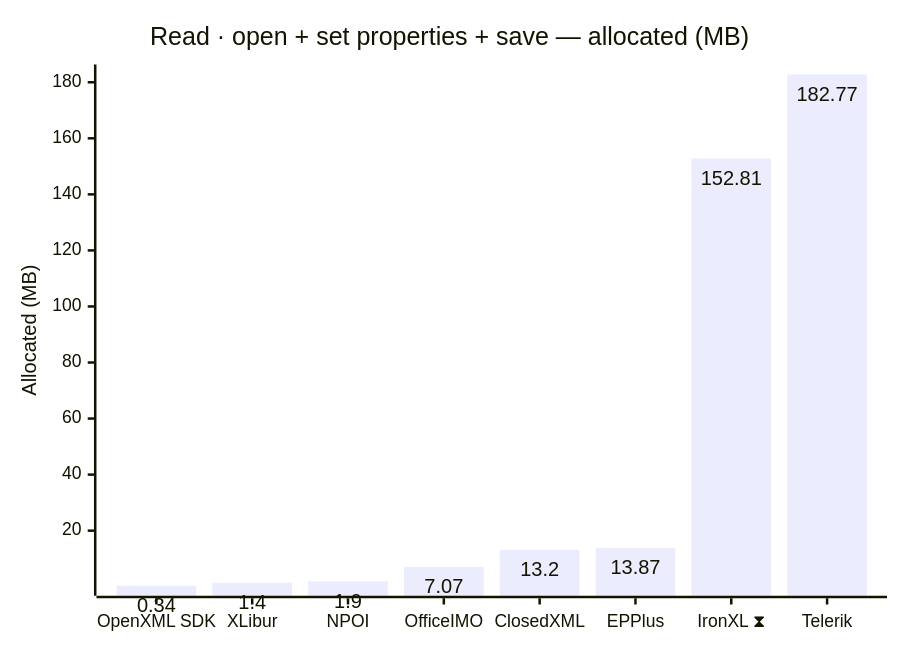
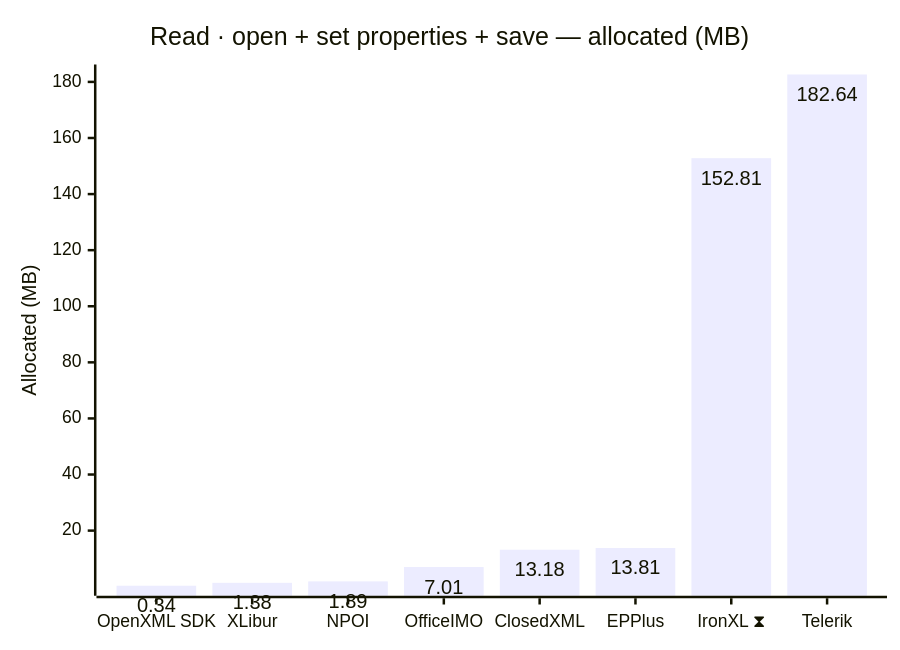
Before and after one commit to jafin/XLBench: the second of 18 diagrams in docs/results.md, drawn with Mermaid. The commit also changed other lines of this file and 5 other files, not shown here.

````diff
--- a/docs/results.md
+++ b/docs/results.md
@@ -55,12 +55,12 @@
 ```mermaid
 ---
 config:
   xyChart:
     showDataLabel: true
 ---
 xychart-beta
     title "Read · open + set properties + save — allocated (MB)"
     x-axis ["OpenXML SDK", "XLibur", "NPOI", "OfficeIMO", "ClosedXML", "EPPlus", "IronXL ⧗", "Telerik"]
     y-axis "Allocated (MB)"
-    bar [0.34, 1.4, 1.9, 7.07, 13.2, 13.87, 152.81, 182.77]
+    bar [0.34, 1.38, 1.89, 7.01, 13.18, 13.81, 152.81, 182.64]
 ```
````
